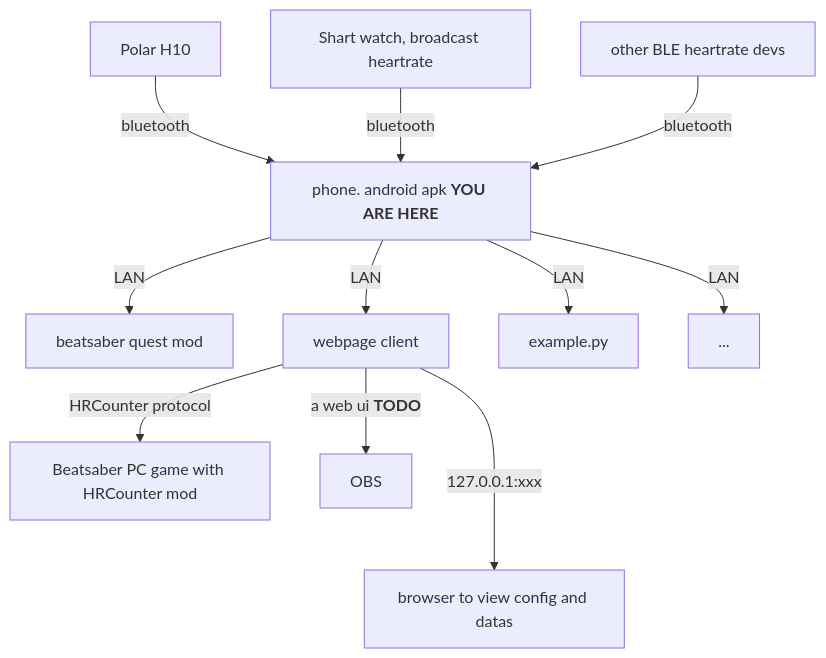
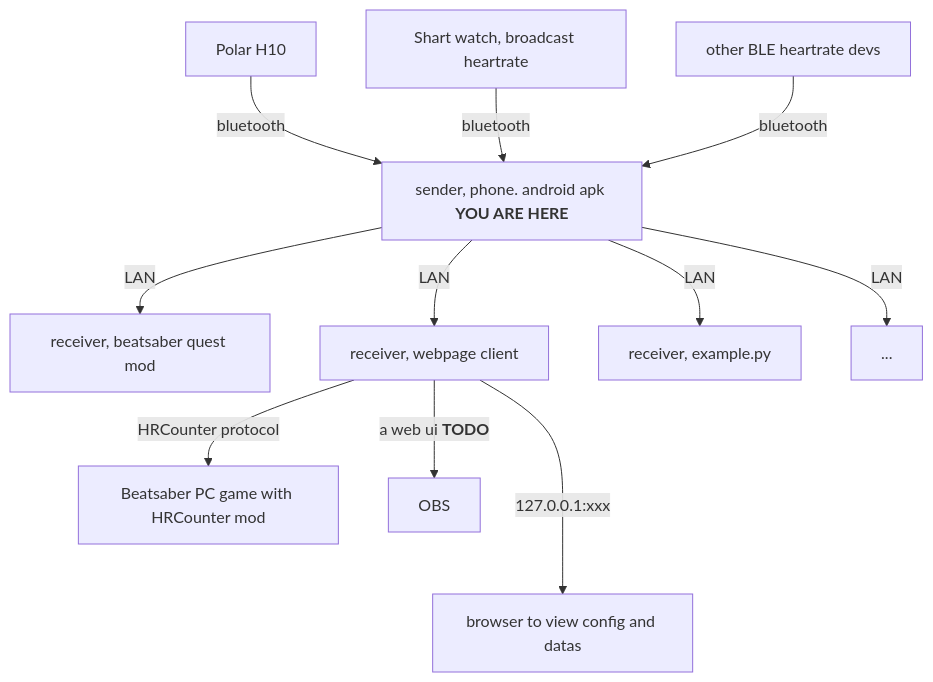
One commit to frto027/HeartbeatLanServer changed the diagram in README.md. Above: the diagram before and after it, drawn with Mermaid. The commit also changed other lines of this file, not shown here.

Commit message:
udate readme

````diff
--- a/README.md
+++ b/README.md
@@ -13,24 +13,25 @@
 ```mermaid
 graph TD;
     POLAR_H10[Polar H10]
     SMART_WATCH[Shart watch, broadcast heartrate]
     BLE_DEV[other BLE heartrate devs]
-    PHONE[phone. android apk <b>YOU ARE HERE</b>]
-    BEATSABER[beatsaber quest mod]
-    PCAPP[webpage client]
+    PHONE[sender, phone. android apk <b>YOU ARE HERE</b>]
+    BEATSABER[receiver, beatsaber quest mod]
+    PCAPP[receiver, webpage client]
     BEATSABER_PC[Beatsaber PC game with HRCounter mod]
     BROWSER[browser to view config and datas]
+    EXAMPLE_PY[receiver, example.py]
 
     POLAR_H10--bluetooth-->PHONE;
     SMART_WATCH--bluetooth-->PHONE;
     BLE_DEV--bluetooth-->PHONE;
-    PHONE--LAN-->example.py;
+    PHONE--LAN-->EXAMPLE_PY;
     PHONE--LAN-->BEATSABER;
     PHONE--LAN-->PCAPP;
     PHONE--LAN-->...;
 
     PCAPP--127.0.0.1:xxxx-->BROWSER;
     PCAPP--HRCounter protocol-->BEATSABER_PC;
     PCAPP--a web ui <b>TODO</b> -->OBS
 
 ```
````
